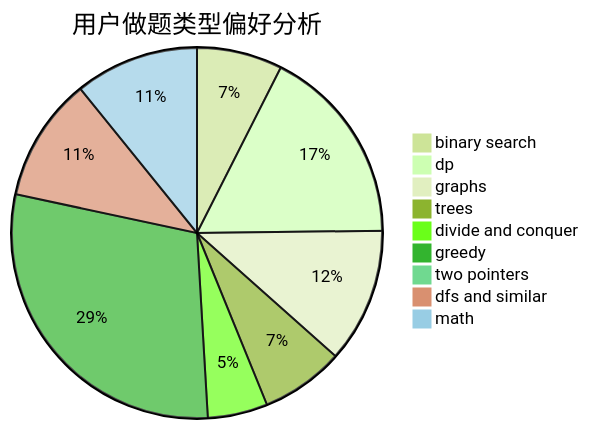
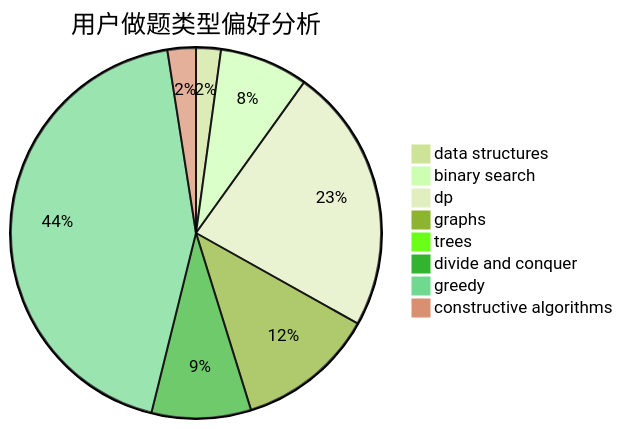
One commit to sherpahu/cfrs.github.io changed the second of 3 diagrams in docs/user/u1365.md. Above: the diagram before and after it, drawn with Mermaid (forest theme). The commit also changed other lines of this file and 2775 other files, not shown here.

````diff
--- a/docs/user/u1365.md
+++ b/docs/user/u1365.md
@@ -23,12 +23,11 @@
 ```mermaid
 pie title 用户做题类型偏好分析
-    "binary search" :  40
-    "dp" :  93
-    "graphs" :  63
-    "trees" :  39
+    "data structures" :  7
+    "binary search" :  25
+    "dp" :  75
+    "graphs" :  39
+    "trees" :  0
     "divide and conquer" :  28
-    "greedy" :  157
-    "two pointers" :  0
-    "dfs and similar" :  58
-    "math" :  58
+    "greedy" :  141
+    "constructive algorithms" :  8
 ```
````
